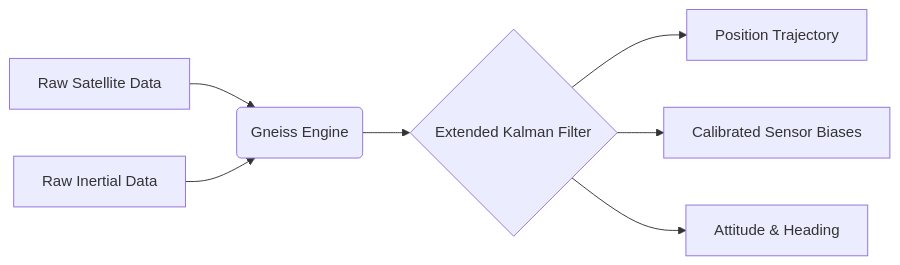
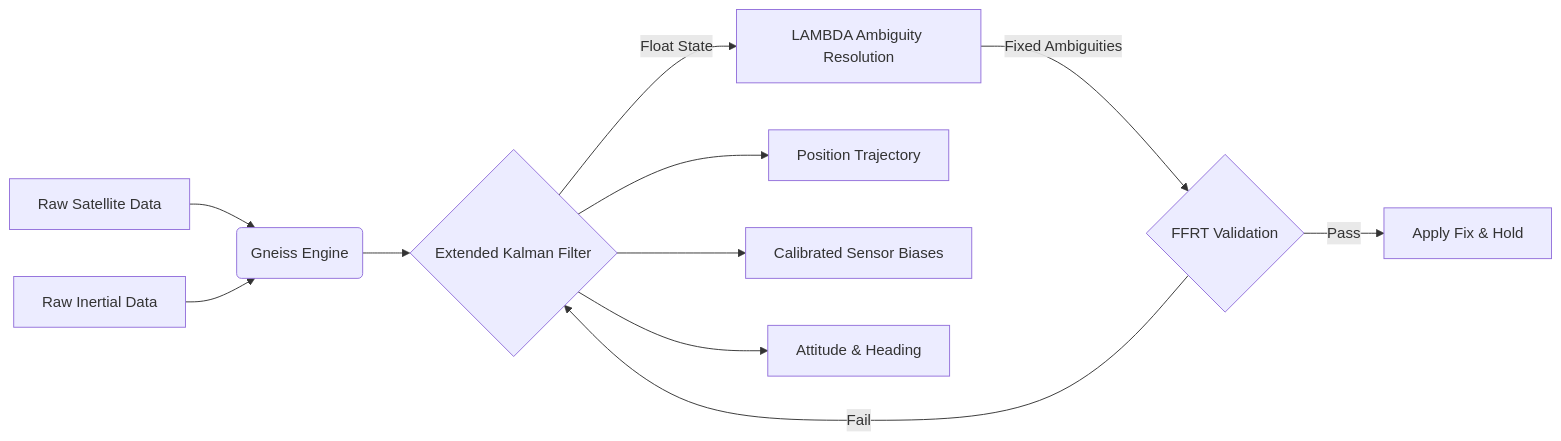
One commit to bneb/gneiss changed the diagram in README.md. Above: the diagram before and after it, drawn with Mermaid. The commit also changed other lines of this file and 13 other files, not shown here.

````diff
--- a/README.md
+++ b/README.md
@@ -40,9 +41,13 @@
 ```mermaid
 graph LR
     A[Raw Satellite Data] --> B(Gneiss Engine)
     C[Raw Inertial Data] --> B
     B --> D{Extended Kalman Filter}
+    D -->|Float State| H[LAMBDA Ambiguity Resolution]
+    H -->|Fixed Ambiguities| I{FFRT Validation}
+    I -->|Pass| J[Apply Fix & Hold]
+    I -->|Fail| D
     D --> E[Position Trajectory]
     D --> F[Calibrated Sensor Biases]
     D --> G[Attitude & Heading]
 ```
````
